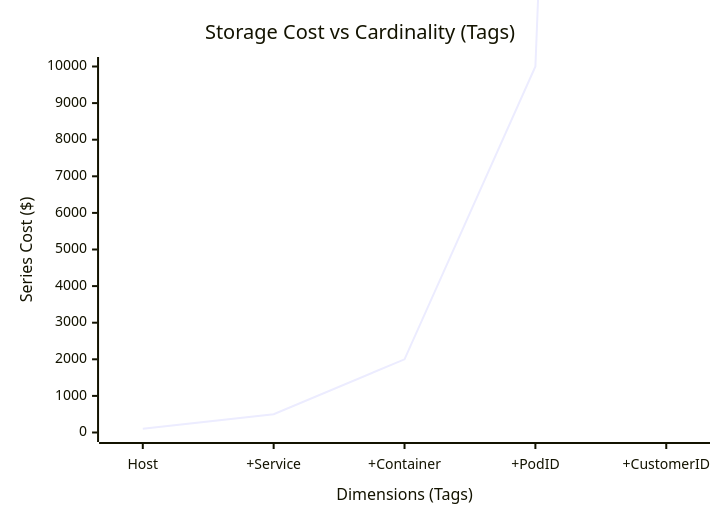
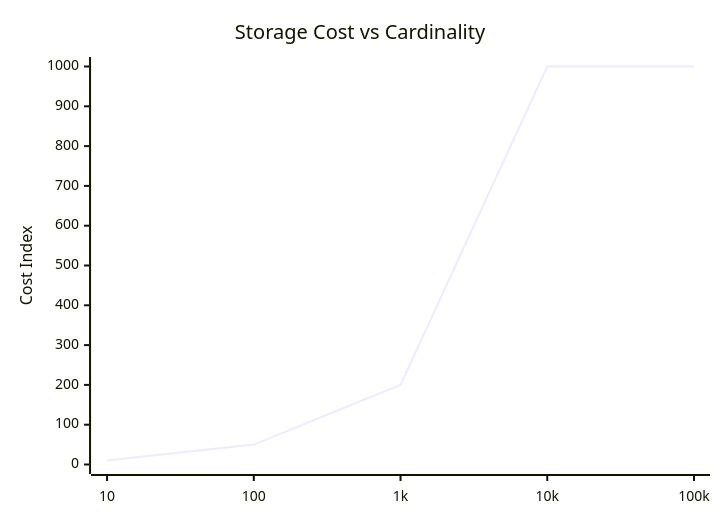
The second of 5 diagrams in src/app/[locale]/research/papers/a3-enterprise-observability-operational-intelligence/A3-PAPER-FULL.md (gchaitanyabharath9/omnigcloud), drawn with Mermaid before and after one commit. The commit also changed other lines of this file, not shown here.

Commit message:
Enhance A3 paper: Add robust diagrams, Golden Signals table, and Sampling Strategies comparison

````diff
--- a/src/app/[locale]/research/papers/a3-enterprise-observability-operational-intelligence/A3-PAPER-FULL.md
+++ b/src/app/[locale]/research/papers/a3-enterprise-observability-operational-intelligence/A3-PAPER-FULL.md
@@ -43,7 +50,7 @@
 ```mermaid
 xychart-beta
-    title "Storage Cost vs Cardinality (Tags)"
-    x-axis "Dimensions (Tags)" [Host, +Service, +Container, +PodID, +CustomerID]
-    y-axis "Series Cost ($)" 0 --> 10000
-    line [100, 500, 2000, 10000, 100000]
+    title "Storage Cost vs Cardinality"
+    x-axis [10, 100, 1k, 10k, 100k]
+    y-axis "Cost Index" 0 --> 1000
+    line [10, 50, 200, 1000, 1000]
 ```
````
